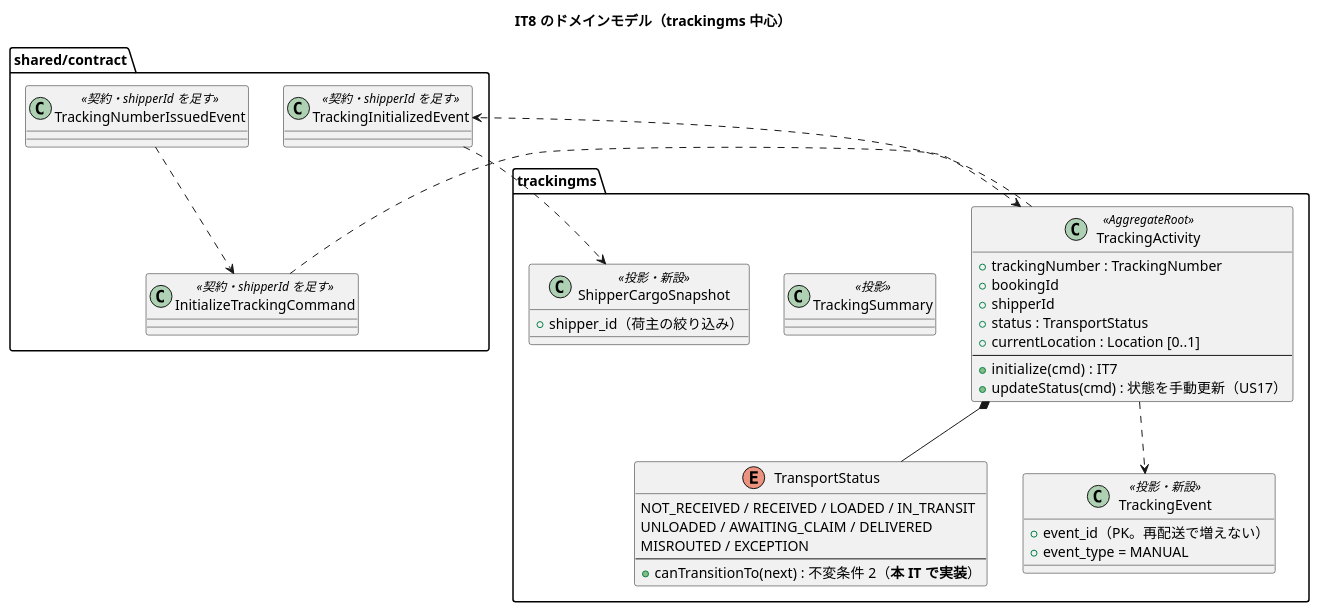
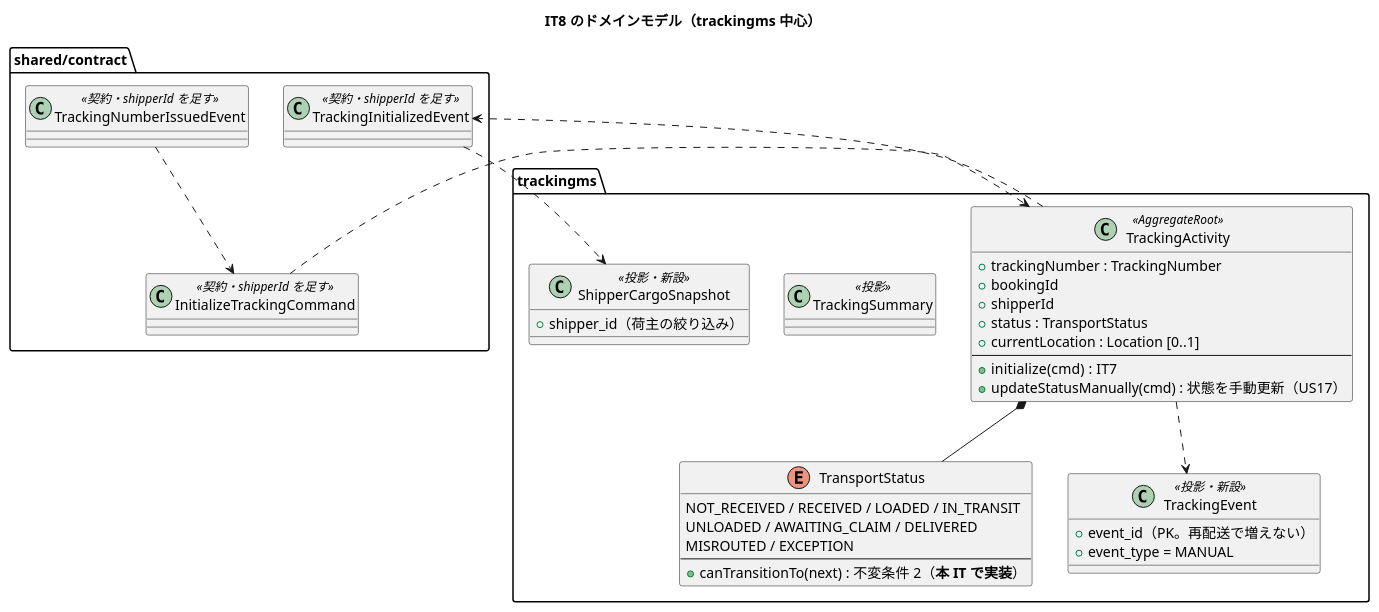
One commit to k2works/case-study-cargo-tracker changed the first of 4 diagrams in docs/development/cargo-tracker/iteration_plan-8.md. Above: the diagram before and after it, drawn with PlantUML. The commit also changed other lines of this file and 2 other files, not shown here.

````diff
--- a/docs/development/cargo-tracker/iteration_plan-8.md
+++ b/docs/development/cargo-tracker/iteration_plan-8.md
@@ -214,46 +217,46 @@
 ```plantuml
 @startuml
 title IT8 のドメインモデル（trackingms 中心）
 
 package "trackingms" {
   class TrackingActivity <<AggregateRoot>> {
     + trackingNumber : TrackingNumber
     + bookingId
     + shipperId
     + status : TransportStatus
     + currentLocation : Location [0..1]
     --
     + initialize(cmd)  : IT7
-    + updateStatus(cmd) : 状態を手動更新（US17）
+    + updateStatusManually(cmd) : 状態を手動更新（US17）
   }
   enum TransportStatus {
     NOT_RECEIVED / RECEIVED / LOADED / IN_TRANSIT
     UNLOADED / AWAITING_CLAIM / DELIVERED
     MISROUTED / EXCEPTION
     --
     + canTransitionTo(next) : 不変条件 2（**本 IT で実装**）
   }
   class TrackingSummary <<投影>>
   class TrackingEvent <<投影・新設>> {
     + event_id（PK。再配送で増えない）
     + event_type = MANUAL
   }
   class ShipperCargoSnapshot <<投影・新設>> {
     + shipper_id（荷主の絞り込み）
   }
 }
 
 package "shared/contract" {
   class TrackingNumberIssuedEvent <<契約・shipperId を足す>>
   class InitializeTrackingCommand <<契約・shipperId を足す>>
   class TrackingInitializedEvent <<契約・shipperId を足す>>
 }
 
 TrackingActivity *-- TransportStatus
 TrackingActivity ..> TrackingEvent
 TrackingNumberIssuedEvent ..> InitializeTrackingCommand
 InitializeTrackingCommand ..> TrackingActivity
 TrackingActivity ..> TrackingInitializedEvent
 TrackingInitializedEvent ..> ShipperCargoSnapshot
 @enduml
 ```
````
